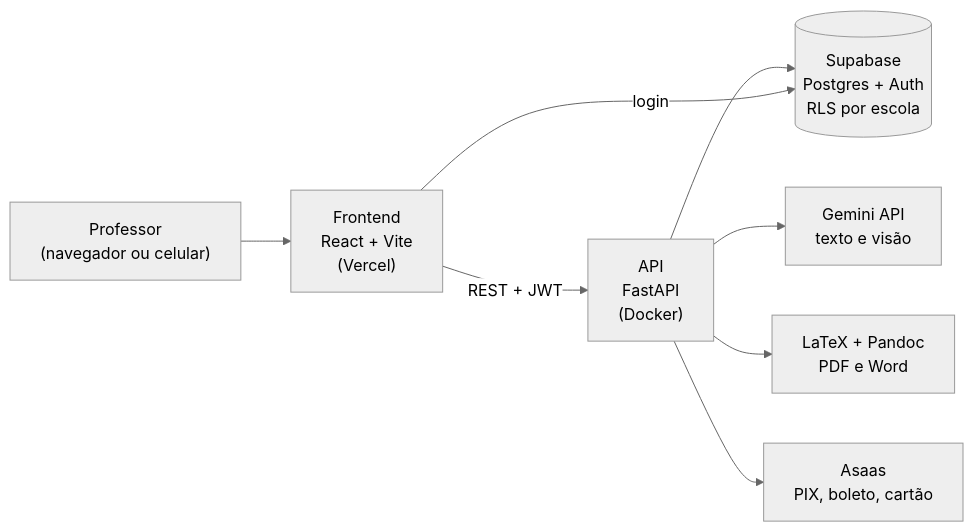
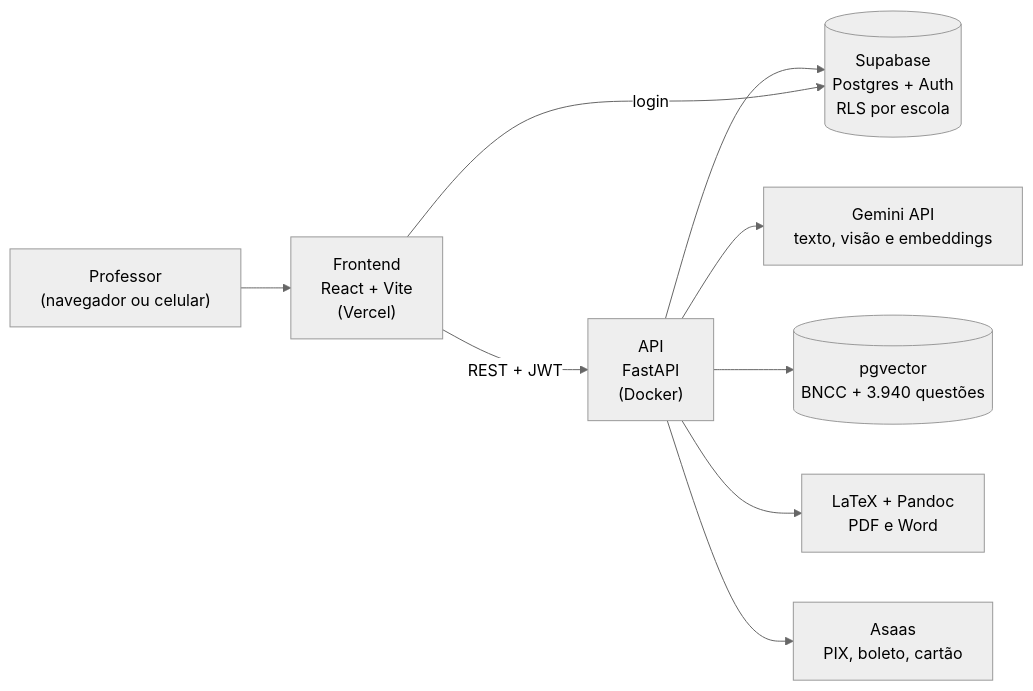
The diagram in README.md (gabikeys/turmia), drawn with Mermaid (neutral theme) before and after one commit. The commit also changed other lines of this file, not shown here.

Commit message:
README: RAG medido com evals (BNCC 33% -> 100%, questões 48% -> 70%) e observabilidade

````diff
--- a/README.md
+++ b/README.md
@@ -49,10 +49,11 @@
 ```mermaid
 flowchart LR
     U["Professor<br/>(navegador ou celular)"] --> FE["Frontend<br/>React + Vite<br/>(Vercel)"]
     FE -- "REST + JWT" --> API["API<br/>FastAPI<br/>(Docker)"]
     API --> SB[("Supabase<br/>Postgres + Auth<br/>RLS por escola")]
-    API --> AI["Gemini API<br/>texto e visão"]
+    API --> AI["Gemini API<br/>texto, visão e embeddings"]
+    API --> VEC[("pgvector<br/>BNCC + 3.940 questões")]
     API --> TEX["LaTeX + Pandoc<br/>PDF e Word"]
     API --> PAY["Asaas<br/>PIX, boleto, cartão"]
     FE -- "login" --> SB
 ```
````
